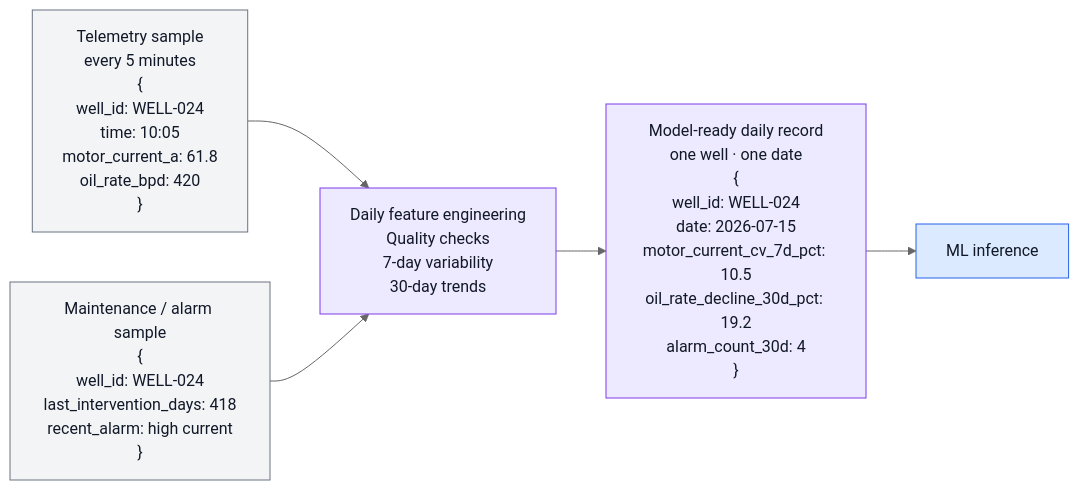
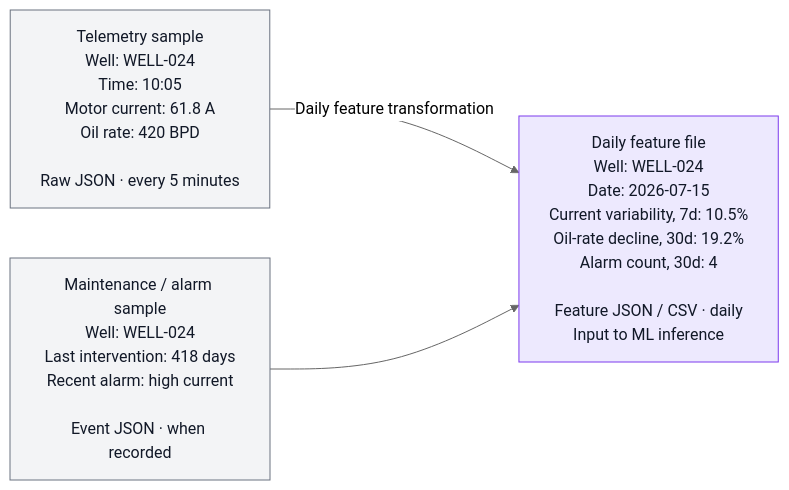
Before and after one commit to fmlin0429712024/industrial-operations-ai-poc: the second of 2 diagrams in README.md, drawn with Mermaid (neutral theme).

Commit message:
Simplify feature transformation data diagram

````diff
--- a/README.md
+++ b/README.md
@@ -40,14 +40,10 @@
 ```mermaid
 flowchart LR
-    A["Telemetry sample<br/>every 5 minutes<br/>{<br/>well_id: WELL-024<br/>time: 10:05<br/>motor_current_a: 61.8<br/>oil_rate_bpd: 420<br/>}"] --> T["Daily feature engineering<br/>Quality checks<br/>7-day variability<br/>30-day trends"]
-    M["Maintenance / alarm sample<br/>{<br/>well_id: WELL-024<br/>last_intervention_days: 418<br/>recent_alarm: high current<br/>}"] --> T
-    T --> C["Model-ready daily record<br/>one well · one date<br/>{<br/>well_id: WELL-024<br/>date: 2026-07-15<br/>motor_current_cv_7d_pct: 10.5<br/>oil_rate_decline_30d_pct: 19.2<br/>alarm_count_30d: 4<br/>}"]
-    C --> D["ML inference"]
+    A["Telemetry sample<br/>Well: WELL-024<br/>Time: 10:05<br/>Motor current: 61.8 A<br/>Oil rate: 420 BPD<br/><br/>Raw JSON · every 5 minutes"] -->|"Daily feature transformation"| C["Daily feature file<br/>Well: WELL-024<br/>Date: 2026-07-15<br/>Current variability, 7d: 10.5%<br/>Oil-rate decline, 30d: 19.2%<br/>Alarm count, 30d: 4<br/><br/>Feature JSON / CSV · daily<br/>Input to ML inference"]
+    M["Maintenance / alarm sample<br/>Well: WELL-024<br/>Last intervention: 418 days<br/>Recent alarm: high current<br/><br/>Event JSON · when recorded"] --> C
 
     classDef source fill:#f3f4f6,stroke:#6b7280,color:#111827;
-    classDef transform fill:#ede9fe,stroke:#7c3aed,color:#111827;
-    classDef model fill:#dbeafe,stroke:#2563eb,color:#111827;
+    classDef feature fill:#ede9fe,stroke:#7c3aed,color:#111827;
     class A,M source;
-    class T,C transform;
-    class D model;
+    class C feature;
 ```
````
